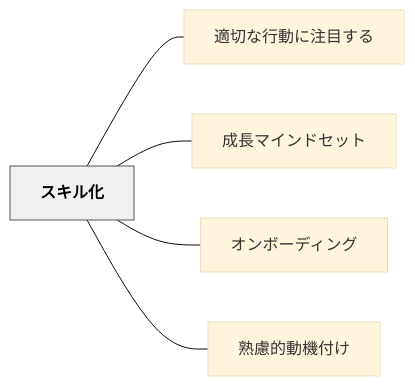
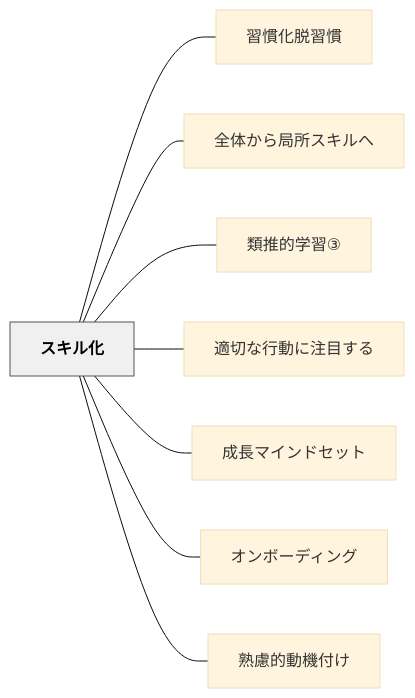
One commit to unknownthings-ed-patterns/unknownthings-ed-patterns changed the diagram in content/パタン/スキル化.md. Above: the diagram before and after it, drawn with Mermaid (base theme). The commit also changed other lines of this file and 473 other files, not shown here.

````diff
--- a/content/パタン/スキル化.md
+++ b/content/パタン/スキル化.md
@@ -91,16 +94,22 @@
 ```mermaid
 flowchart LR
     ne382b9e382ad["スキル化"]
+    ne7bf92e685a3["習慣化脱習慣"]
+    ne585a8e4bd93["全体から局所スキルへ"]
+    ne9a19ee68ea8["類推的学習③"]
     ne981a9e58887["適切な行動に注目する"]
     ne68890e995b7["成長マインドセット"]
     ne382aae383b3["オンボーディング"]
     ne7869fe685ae["熟慮的動機付け"]
 
+    ne382b9e382ad --- ne7bf92e685a3
+    ne382b9e382ad --- ne585a8e4bd93
+    ne382b9e382ad --- ne9a19ee68ea8
     ne382b9e382ad --- ne981a9e58887
     ne382b9e382ad --- ne68890e995b7
     ne382b9e382ad --- ne382aae383b3
     ne382b9e382ad --- ne7869fe685ae
 
     classDef hub fill:#f0f0f0,stroke:#555,color:#000,font-weight:bold
     class ne382b9e382ad hub
 ```
````
